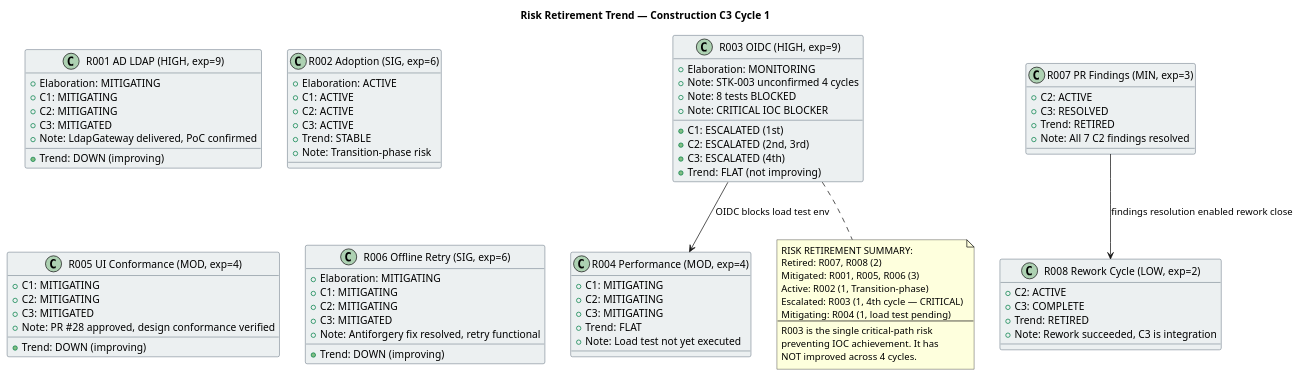
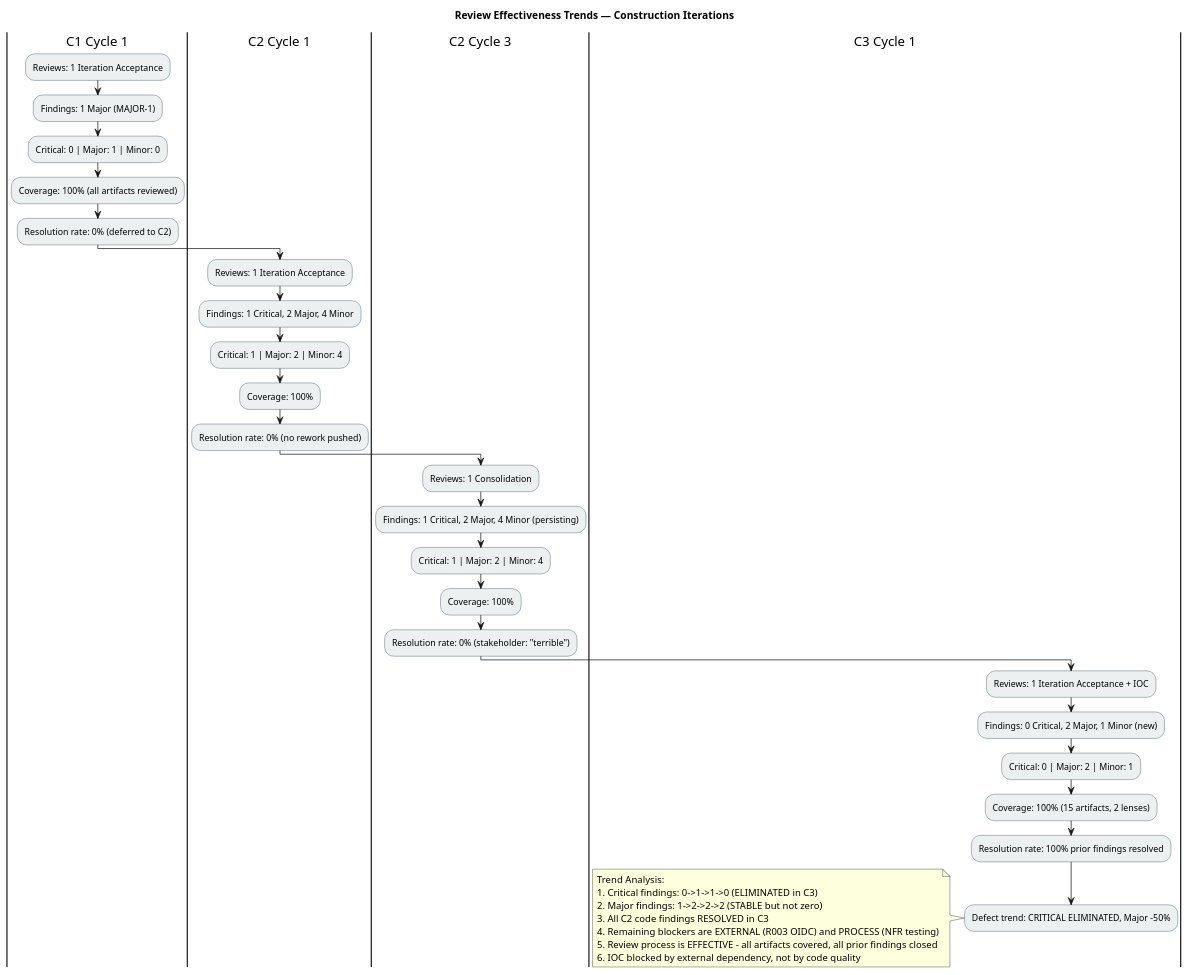
The third of 3 diagrams in docs/artifacts/project-management/review-record.md (banense-test/portal-cuba-corp), drawn with PlantUML before and after one commit. The commit also changed other lines of this file, not shown here.

First line of the commit message:
Review Coordinator [C3]: upsert Review Record

````diff
--- a/docs/artifacts/project-management/review-record.md
+++ b/docs/artifacts/project-management/review-record.md
@@ -366,94 +263,48 @@
 ```plantuml
 @startuml
-title Risk Retirement Trend — Construction C3 Cycle 1
+title Review Effectiveness Trends — Construction Iterations
 
-skinparam classBorderColor #2C3E50
-skinparam classBackgroundColor #ECF0F1
+skinparam activityBorderColor #2C3E50
+skinparam activityBackgroundColor #ECF0F1
 skinparam shadowing false
 
-class "R001 AD LDAP (HIGH, exp=9)" as R001 {
-  + Elaboration: MITIGATING
-  + C1: MITIGATING
-  + C2: MITIGATING
-  + C3: MITIGATED
-  + Trend: DOWN (improving)
-  + Note: LdapGateway delivered, PoC confirmed
-}
+|C1 Cycle 1|
+:Reviews: 1 Iteration Acceptance;
+:Findings: 1 Major (MAJOR-1);
+:Critical: 0 | Major: 1 | Minor: 0;
+:Coverage: 100% (all artifacts reviewed);
+:Resolution rate: 0% (deferred to C2);
 
-class "R002 Adoption (SIG, exp=6)" as R002 {
-  + Elaboration: ACTIVE
-  + C1: ACTIVE
-  + C2: ACTIVE
-  + C3: ACTIVE
-  + Trend: STABLE
-  + Note: Transition-phase risk
-}
+|C2 Cycle 1|
+:Reviews: 1 Iteration Acceptance;
+:Findings: 1 Critical, 2 Major, 4 Minor;
+:Critical: 1 | Major: 2 | Minor: 4;
+:Coverage: 100%;
+:Resolution rate: 0% (no rework pushed);
 
-class "R003 OIDC (HIGH, exp=9)" as R003 {
-  + Elaboration: MONITORING
-  + C1: ESCALATED (1st)
-  + C2: ESCALATED (2nd, 3rd)
-  + C3: ESCALATED (4th)
-  + Trend: FLAT (not improving)
-  + Note: STK-003 unconfirmed 4 cycles
-  + Note: 8 tests BLOCKED
-  + Note: CRITICAL IOC BLOCKER
-}
+|C2 Cycle 3|
+:Reviews: 1 Consolidation;
+:Findings: 1 Critical, 2 Major, 4 Minor (persisting);
+:Critical: 1 | Major: 2 | Minor: 4;
+:Coverage: 100%;
+:Resolution rate: 0% (stakeholder: "terrible");
 
-class "R004 Performance (MOD, exp=4)" as R004 {
-  + C1: MITIGATING
-  + C2: MITIGATING
-  + C3: MITIGATING
-  + Trend: FLAT
-  + Note: Load test not yet executed
-}
+|C3 Cycle 1|
+:Reviews: 1 Iteration Acceptance + IOC;
+:Findings: 0 Critical, 2 Major, 1 Minor (new);
+:Critical: 0 | Major: 2 | Minor: 1;
+:Coverage: 100% (15 artifacts, 2 lenses);
+:Resolution rate: 100% prior findings resolved;
+:Defect trend: CRITICAL ELIMINATED, Major -50%;
 
-class "R005 UI Conformance (MOD, exp=4)" as R005 {
-  + C1: MITIGATING
-  + C2: MITIGATING
-  + C3: MITIGATED
-  + Trend: DOWN (improving)
-  + Note: PR #28 approved, design conformance verified
-}
-
-class "R006 Offline Retry (SIG, exp=6)" as R006 {
-  + Elaboration: MITIGATING
-  + C1: MITIGATING
-  + C2: MITIGATING
-  + C3: MITIGATED
-  + Trend: DOWN (improving)
-  + Note: Antiforgery fix resolved, retry functional
-}
-
-class "R007 PR Findings (MIN, exp=3)" as R007 {
-  + C2: ACTIVE
-  + C3: RESOLVED
-  + Trend: RETIRED
-  + Note: All 7 C2 findings resolved
-}
-
-class "R008 Rework Cycle (LOW, exp=2)" as R008 {
-  + C2: ACTIVE
-  + C3: COMPLETE
-  + Trend: RETIRED
-  + Note: Rework succeeded, C3 is integration
-}
-
-R003 --> R004 : OIDC blocks load test env
-R007 --> R008 : findings resolution enabled rework close
-
-note bottom of R003
-  RISK RETIREMENT SUMMARY:
-  Retired: R007, R008 (2)
-  Mitigated: R001, R005, R006 (3)
-  Active: R002 (1, Transition-phase)
-  Escalated: R003 (1, 4th cycle — CRITICAL)
-  Mitigating: R004 (1, load test pending)
-  --
-  R003 is the single critical-path risk
-  preventing IOC achievement. It has
-  NOT improved across 4 cycles.
+note
+  Trend Analysis:
+  1. Critical findings: 0->1->1->0 (ELIMINATED in C3)
+  2. Major findings: 1->2->2->2 (STABLE but not zero)
+  3. All C2 code findings RESOLVED in C3
+  4. Remaining blockers are EXTERNAL (R003 OIDC) and PROCESS (NFR testing)
+  5. Review process is EFFECTIVE - all artifacts covered, all prior findings closed
+  6. IOC blocked by external dependency, not by code quality
 end note
-
 @enduml
 ```
````
